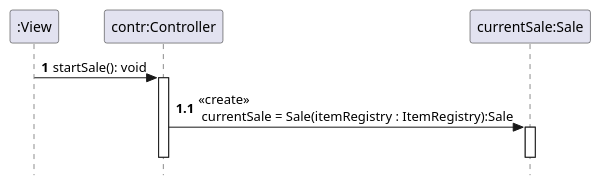
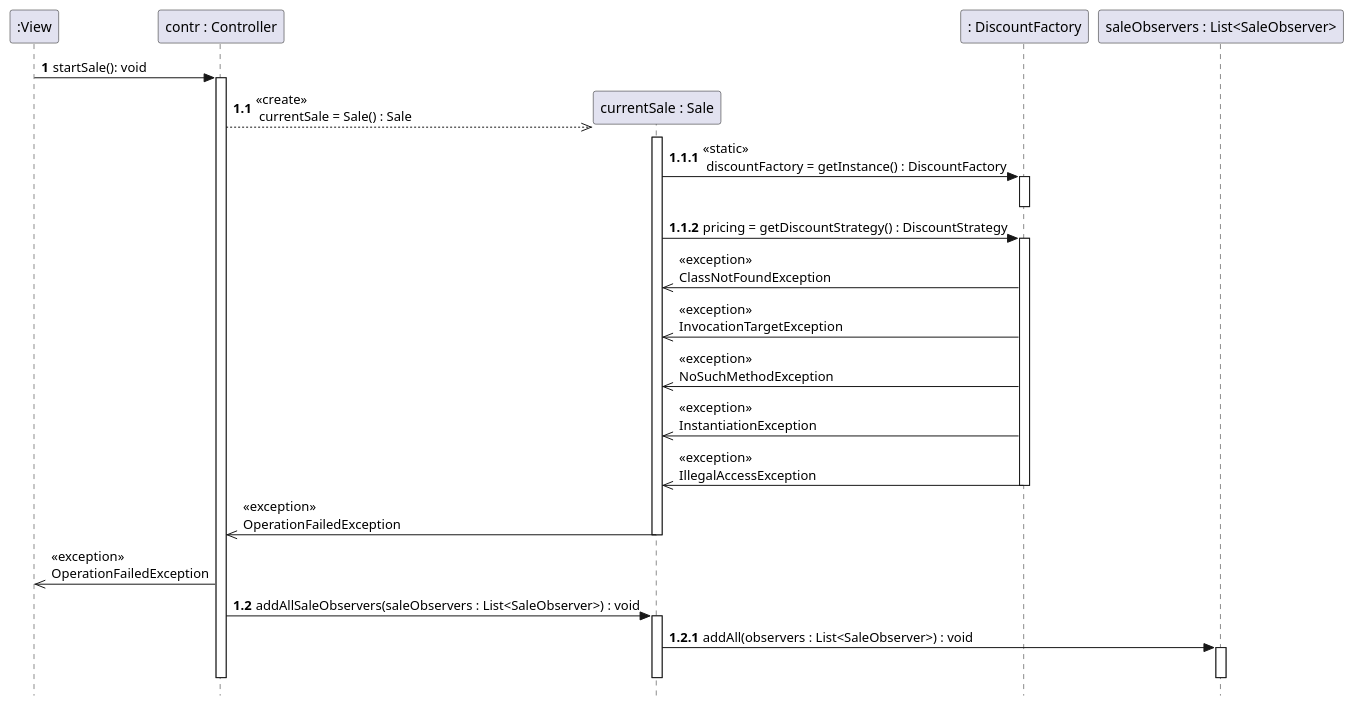
Before and after one commit to VincentFerrigan/kth-iv1350-object-oriented-design: the fourth of 11 diagrams in uml/uml_v3.puml, drawn with PlantUML. The commit also changed other lines of this file and 75 other files, not shown here.

```diff
--- a/uml/uml_v3.puml
+++ b/uml/uml_v3.puml
@@ -328,24 +406,52 @@
 @startuml
 skinparam style strictuml
 
 'autoactivate on 'TODO activationbars!!!!!!!
 ' actor user
 hide unlinked
 'title "startSale"
 participant ":View" as View
-participant "contr:Controller" as contr
-participant "currentSale:Sale" as currentSale
+participant "contr : Controller" as contr
+participant "currentSale : Sale" as currentSale
+participant ": DiscountFactory" as DiscountFactory
+participant "saleObservers : List<SaleObserver>" as saleObservers
 
 autonumber 1
 View -> contr : startSale(): void
 activate contr
 
 autonumber 1.1
-'contr -> currentSale :  <<create>> \n currentSale = Sale(printer: Printer):Sale
-contr -> currentSale :  <<create>> \n currentSale = Sale(itemRegistry : ItemRegistry):Sale
+create currentSale
+contr -[dashed]->> currentSale :  <<create>>\n currentSale = Sale() : Sale
 activate currentSale
+autonumber 1.1.1
+currentSale -> DiscountFactory : <<static>>\n discountFactory = getInstance() : DiscountFactory
+activate DiscountFactory
+deactivate DiscountFactory
+currentSale -> DiscountFactory : pricing = getDiscountStrategy() : DiscountStrategy
+
+'Hur lägga till brytningen som Leif har i sitt exempel?
+activate DiscountFactory
+autonumber stop
+currentSale <<- DiscountFactory : <<exception>>\nClassNotFoundException
+currentSale <<- DiscountFactory : <<exception>>\nInvocationTargetException
+currentSale <<- DiscountFactory : <<exception>>\nNoSuchMethodException
+currentSale <<- DiscountFactory : <<exception>>\nInstantiationException
+currentSale <<- DiscountFactory : <<exception>>\nIllegalAccessException
+deactivate DiscountFactory
+contr <<- currentSale : <<exception>>\nOperationFailedException
 deactivate currentSale
+View <<- contr : <<exception>>\nOperationFailedException
+autonumber 1.2
+contr -> currentSale : addAllSaleObservers(saleObservers : List<SaleObserver>) : void
+activate currentSale
+autonumber 1.2.1
+currentSale -> saleObservers : addAll(observers : List<SaleObserver>) : void
+activate saleObservers
+deactivate saleObservers
+deactivate currentSale
+
 deactivate contr
 
 autonumber stop
 @enduml
```
